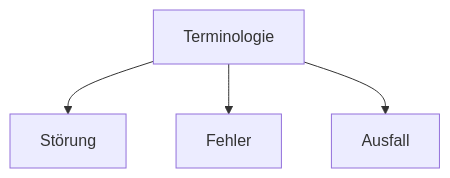
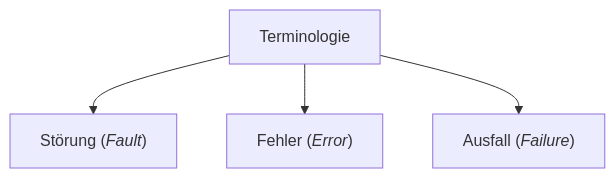
The diagram in Folien/03_Verifikationen_und_Störungen/Diagramme/Mermaid/Störungsanalyse_Terminologie.mmd (ghackenberg/kurs-systems-engineering), drawn with Mermaid before and after one commit. The commit also changed 10 other files, not shown here.

```diff
--- a/Folien/03_Verifikationen_und_Störungen/Diagramme/Mermaid/Störungsanalyse_Terminologie.mmd
+++ b/Folien/03_Verifikationen_und_Störungen/Diagramme/Mermaid/Störungsanalyse_Terminologie.mmd
@@ -1,5 +1,5 @@
 flowchart
 
-    Terminologie --> Störung
-    Terminologie --> Fehler
-    Terminologie --> Ausfall
+    Terminologie --> Störung["Störung (<i>Fault</i>)"]
+    Terminologie --> Fehler["Fehler (<i>Error</i>)"]
+    Terminologie --> Ausfall["Ausfall (<i>Failure</i>)"]
```
